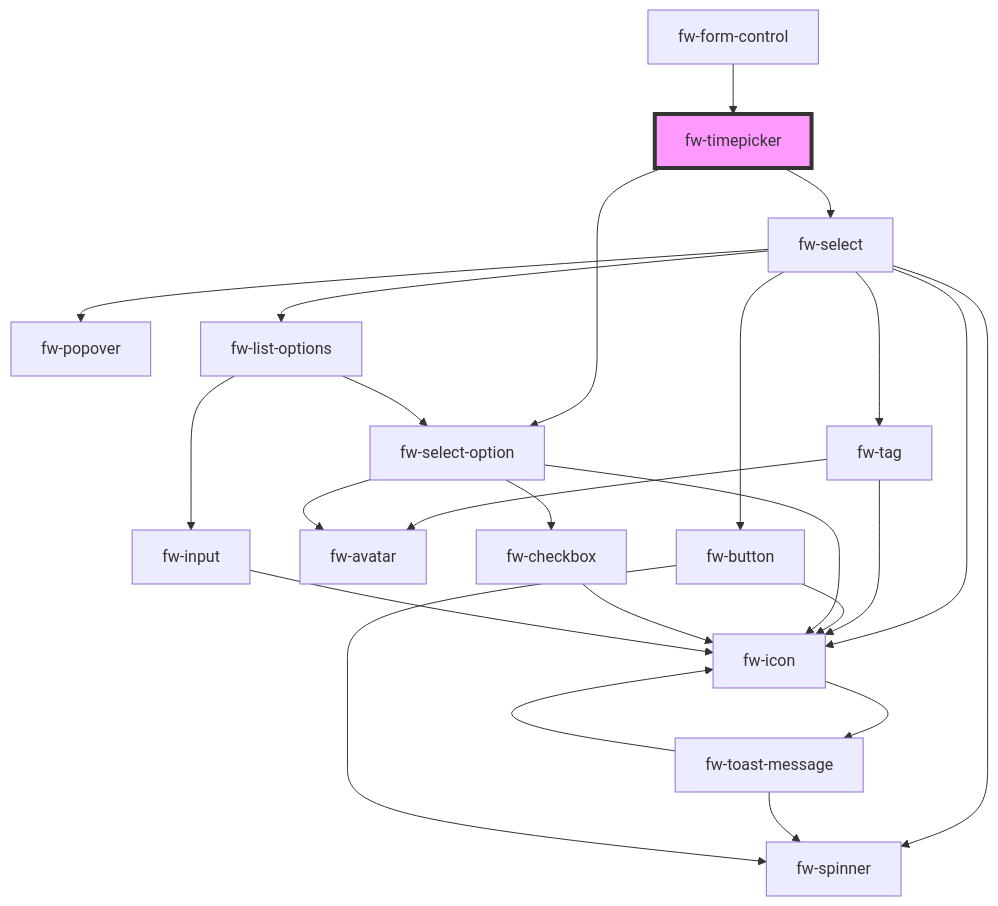
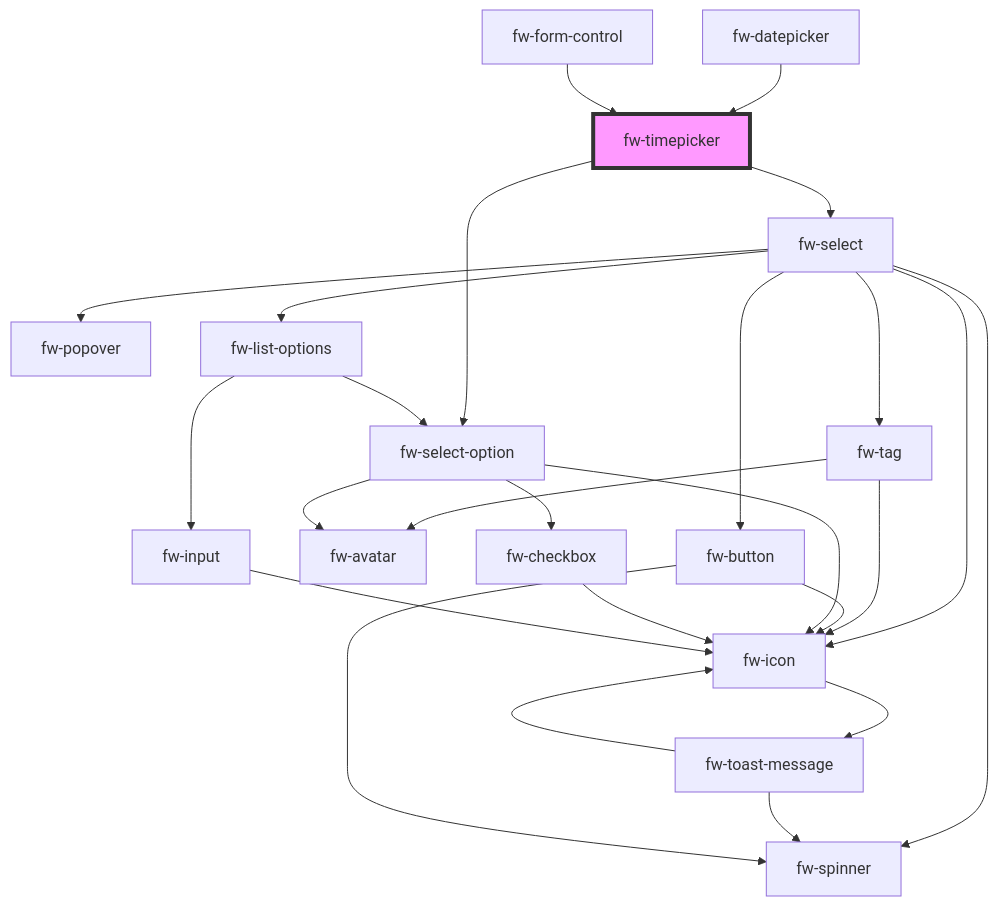
One commit to freshworks/crayons changed the diagram in packages/crayons-core/src/components/timepicker/readme.md. Above: the diagram before and after it, drawn with Mermaid. The commit also changed other lines of this file and 8 other files, not shown here.

````diff
--- a/packages/crayons-core/src/components/timepicker/readme.md
+++ b/packages/crayons-core/src/components/timepicker/readme.md
@@ -102,27 +104,28 @@
 ```mermaid
 graph TD;
   fw-timepicker --> fw-select
   fw-timepicker --> fw-select-option
   fw-select --> fw-tag
   fw-select --> fw-popover
   fw-select --> fw-button
   fw-select --> fw-spinner
   fw-select --> fw-icon
   fw-select --> fw-list-options
   fw-tag --> fw-avatar
   fw-tag --> fw-icon
   fw-icon --> fw-toast-message
   fw-toast-message --> fw-spinner
   fw-toast-message --> fw-icon
   fw-button --> fw-spinner
   fw-button --> fw-icon
   fw-list-options --> fw-select-option
   fw-list-options --> fw-input
   fw-select-option --> fw-icon
   fw-select-option --> fw-checkbox
   fw-select-option --> fw-avatar
   fw-checkbox --> fw-icon
   fw-input --> fw-icon
+  fw-datepicker --> fw-timepicker
   fw-form-control --> fw-timepicker
   style fw-timepicker fill:#f9f,stroke:#333,stroke-width:4px
 ```
````
